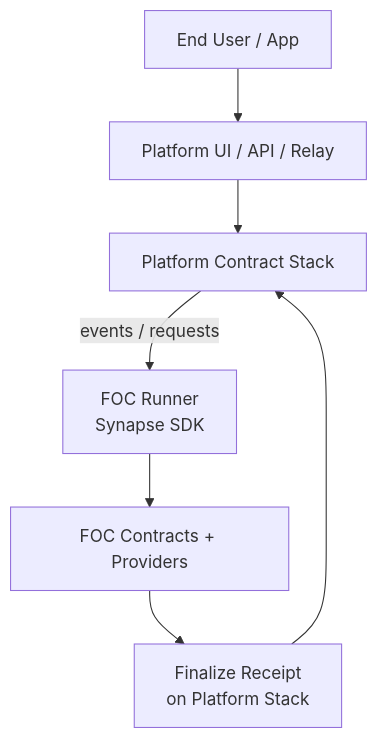
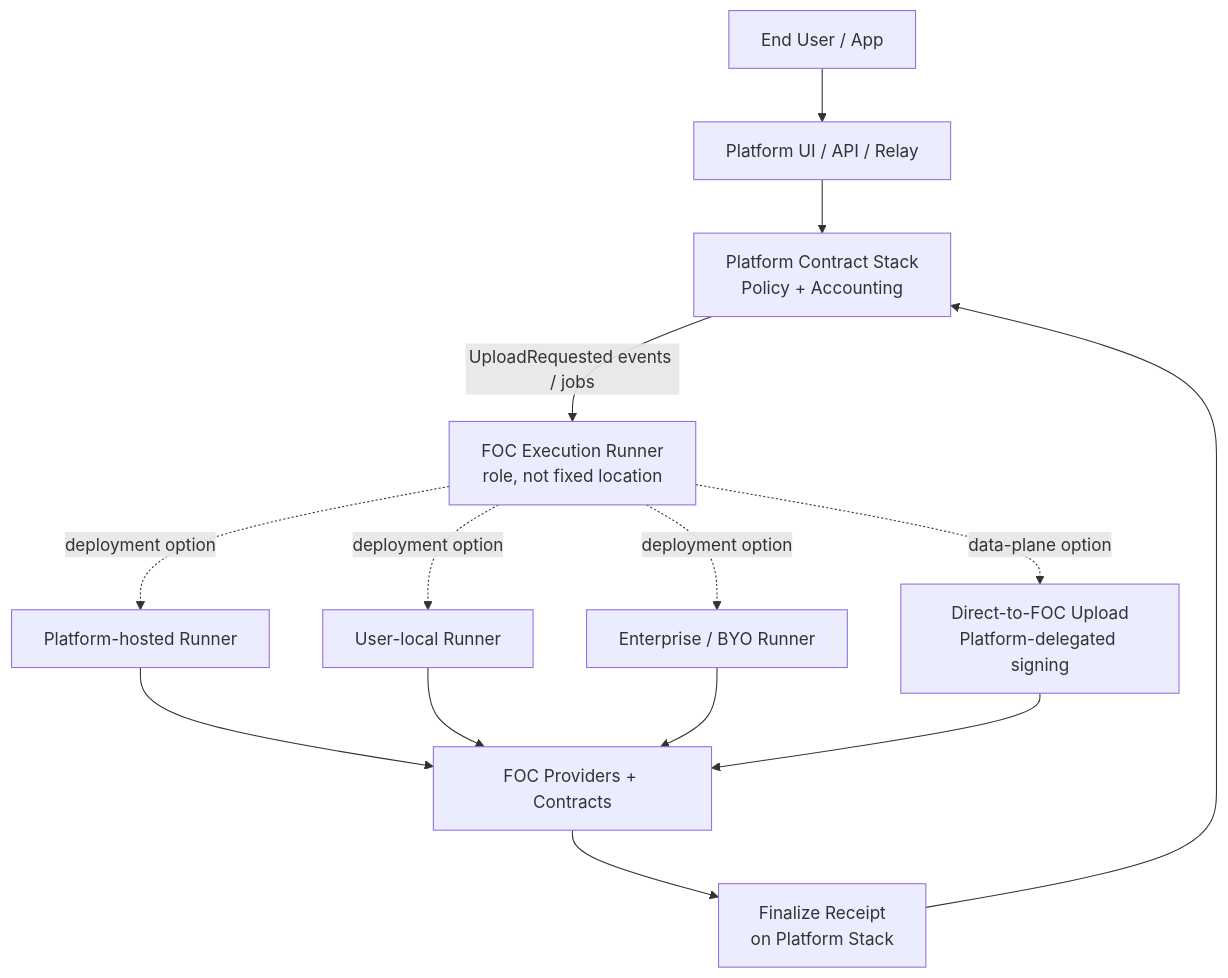
One commit to FIL-Builders/foc-platform changed the second of 2 diagrams in spec.md. Above: the diagram before and after it, drawn with Mermaid. The commit also changed other lines of this file, not shown here.

Commit message:
Clarify runner deployment options

````diff
--- a/spec.md
+++ b/spec.md
@@ -139,16 +139,30 @@
 ```mermaid
 flowchart TD
   user["End User / App"]
   api["Platform UI / API / Relay"]
-  contracts["Platform Contract Stack"]
-  runner["FOC Runner<br/>Synapse SDK"]
-  foc["FOC Contracts + Providers"]
-  finalize["Finalize Receipt<br/>on Platform Stack"]
+  contracts["Platform Contract Stack<br/>Policy + Accounting"]
+  runnerRole["FOC Execution Runner<br/>role, not fixed location"]
+  hosted["Platform-hosted Runner"]
+  local["User-local Runner"]
+  enterprise["Enterprise / BYO Runner"]
+  direct["Direct-to-FOC Upload<br/>Platform-delegated signing"]
+  foc["FOC Providers + Contracts"]
+  receipt["Finalize Receipt<br/>on Platform Stack"]
 
   user --> api
   api --> contracts
-  contracts -->|"events / requests"| runner
-  runner --> foc
-  foc --> finalize
-  finalize --> contracts
+  contracts -->|"UploadRequested events / jobs"| runnerRole
+
+  runnerRole -. "deployment option" .-> hosted
+  runnerRole -. "deployment option" .-> local
+  runnerRole -. "deployment option" .-> enterprise
+  runnerRole -. "data-plane option" .-> direct
+
+  hosted --> foc
+  local --> foc
+  enterprise --> foc
+  direct --> foc
+
+  foc --> receipt
+  receipt --> contracts
 ```
````
